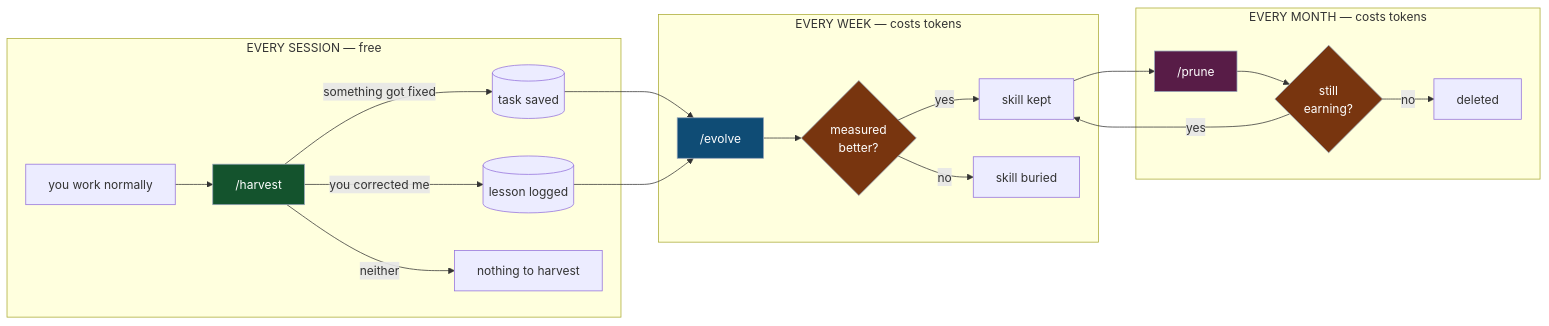
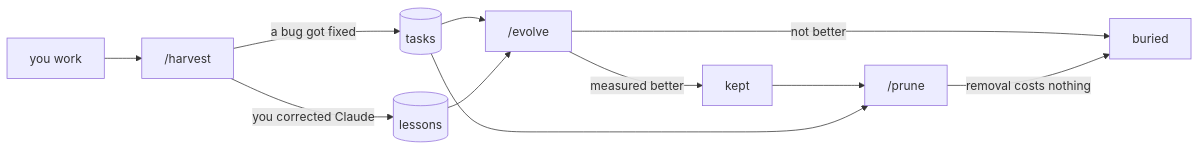
One commit to samugit83/cortex changed the diagram in README.md. Above: the diagram before and after it, drawn with Mermaid. The commit also changed other lines of this file and 4 other files, not shown here.

````diff
--- a/README.md
+++ b/README.md
@@ -128,30 +35,13 @@
 ```mermaid
 flowchart LR
-    subgraph daily["EVERY SESSION — free"]
-        W["you work normally"] --> H["/harvest"]
-        H -->|something got fixed| T[("task saved")]
-        H -->|you corrected me| L[("lesson logged")]
-        H -->|neither| N["nothing to harvest"]
-    end
-
-    subgraph weekly["EVERY WEEK — costs tokens"]
-        T --> E["/evolve"]
-        L --> E
-        E --> M{"measured<br/>better?"}
-        M -->|yes| K["skill kept"]
-        M -->|no| G["skill buried"]
-    end
-
-    subgraph monthly["EVERY MONTH — costs tokens"]
-        K --> P["/prune"]
-        P --> D{"still<br/>earning?"}
-        D -->|no| X["deleted"]
-        D -->|yes| K
-    end
-
-    style H fill:#14532d,color:#fff,stroke:#94a3b8,stroke-width:1px
-    style E fill:#0f4c75,color:#fff,stroke:#94a3b8,stroke-width:1px
-    style P fill:#581c47,color:#fff,stroke:#94a3b8,stroke-width:1px
-    style M fill:#78350f,color:#fff,stroke:#94a3b8,stroke-width:1px
-    style D fill:#78350f,color:#fff,stroke:#94a3b8,stroke-width:1px
+    W["you work"] --> H["/harvest"]
+    H -->|a bug got fixed| T[("tasks")]
+    H -->|you corrected Claude| L[("lessons")]
+    T --> E["/evolve"]
+    L --> E
+    E -->|measured better| K["kept"]
+    E -->|not better| G["buried"]
+    K --> P["/prune"]
+    T --> P
+    P -->|removal costs nothing| G
 ```
````
